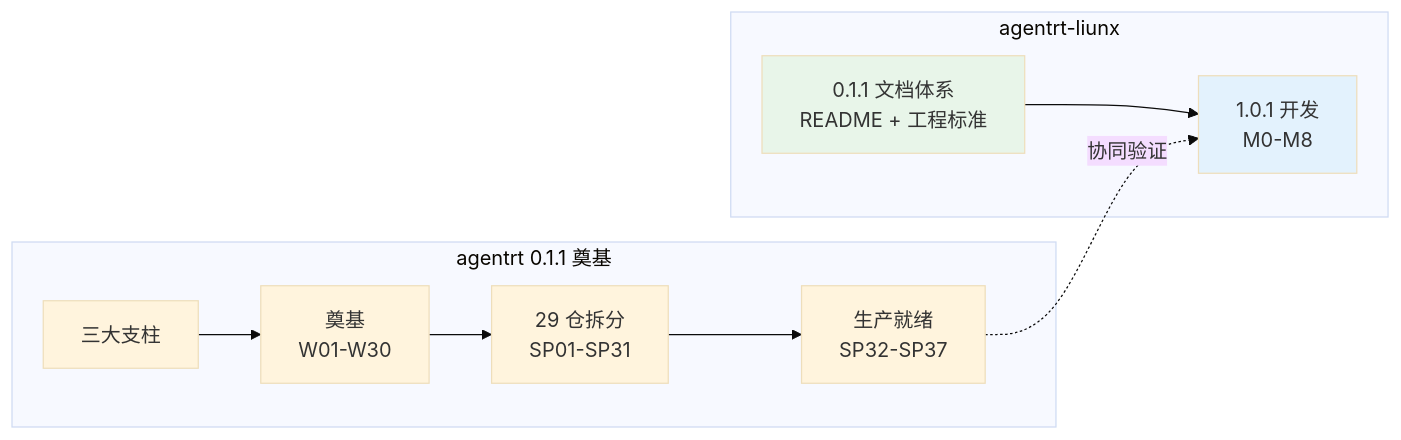
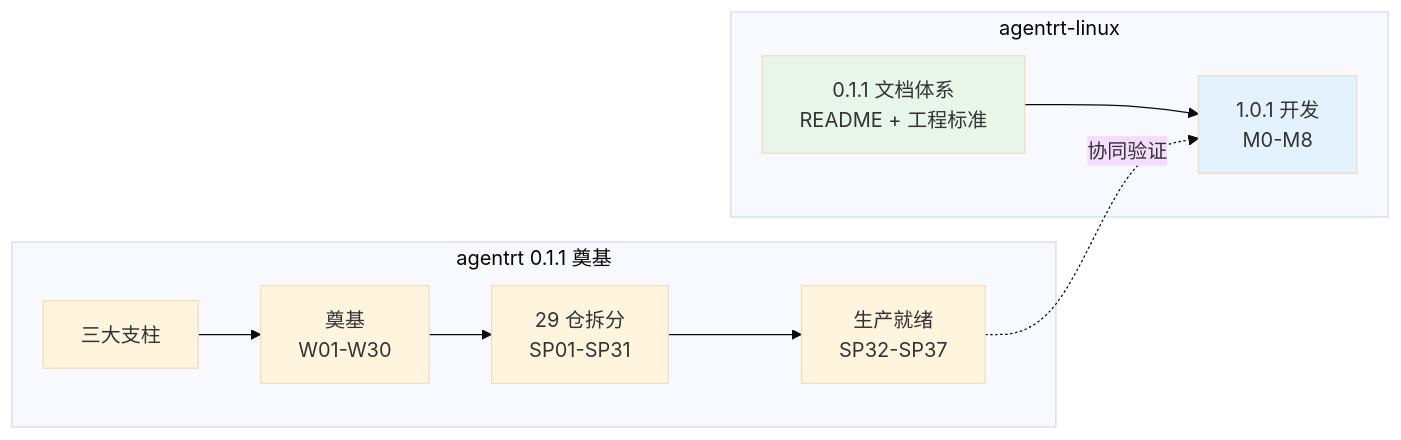
One commit to SpharxTeam/Docs changed the first of 2 diagrams in AirymaxOS/130-roadmap/01-development-strategy.md. Above: the diagram before and after it, drawn with Mermaid (base theme). The commit also changed other lines of this file and 132 other files, not shown here.

````diff
--- a/AirymaxOS/130-roadmap/01-development-strategy.md
+++ b/AirymaxOS/130-roadmap/01-development-strategy.md
@@ -27,18 +27,18 @@
 ```mermaid
 graph LR
     subgraph RT[agentrt 0.1.1 奠基]
         RT1[三大支柱]
         RT1a[奠基<br/>W01-W30]
         RT1b[29 仓拆分<br/>SP01-SP31]
         RT1c[生产就绪<br/>SP32-SP37]
         RT1 --> RT1a --> RT1b --> RT1c
     end
-    subgraph OS[agentrt-liunx]
+    subgraph OS[agentrt-linux]
         OS1[0.1.1 文档体系<br/>README + 工程标准]
         OS2[1.0.1 开发<br/>M0-M8]
         OS1 --> OS2
     end
     RT1c -.协同验证.-> OS2
     style OS1 fill:#e8f5e9
     style OS2 fill:#e3f2fd
 ```
````
